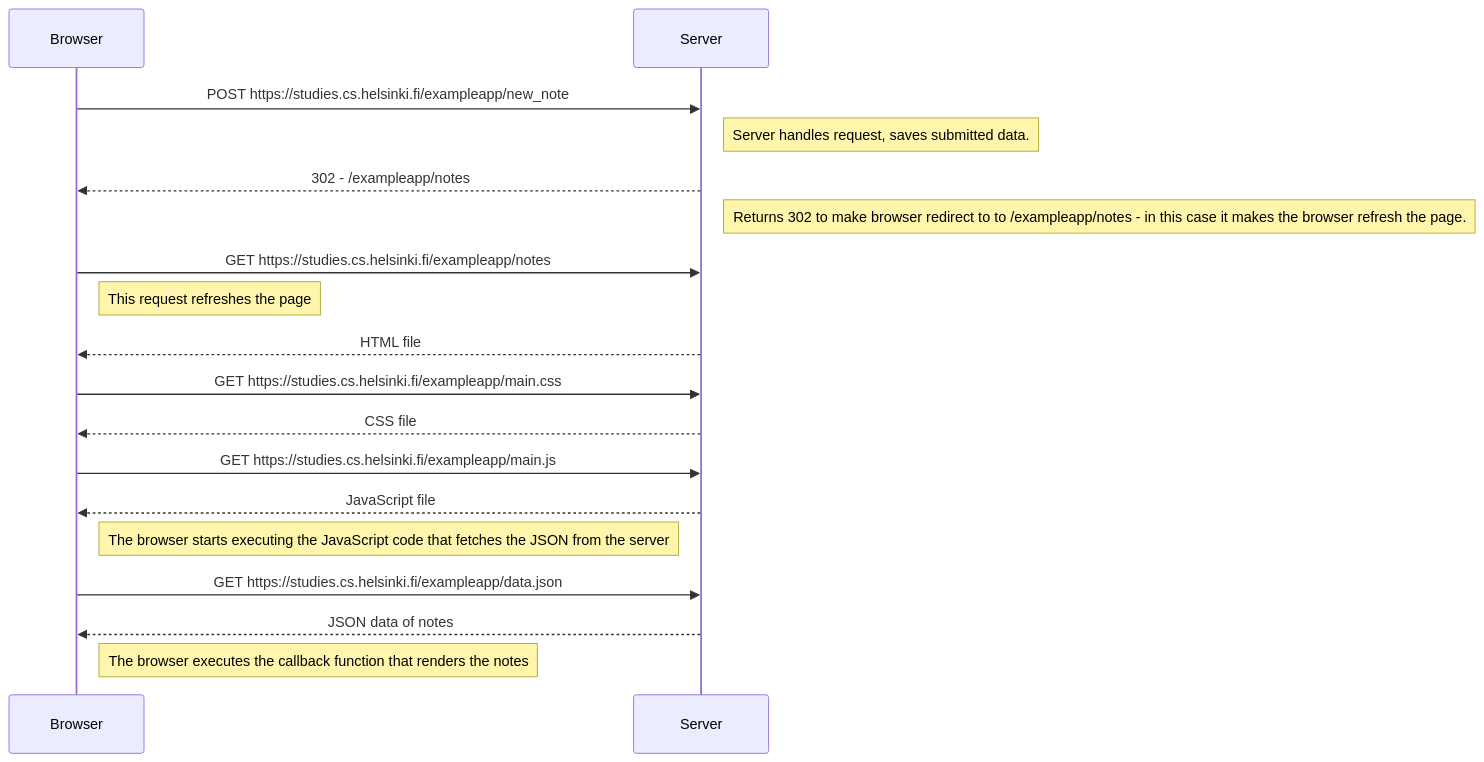
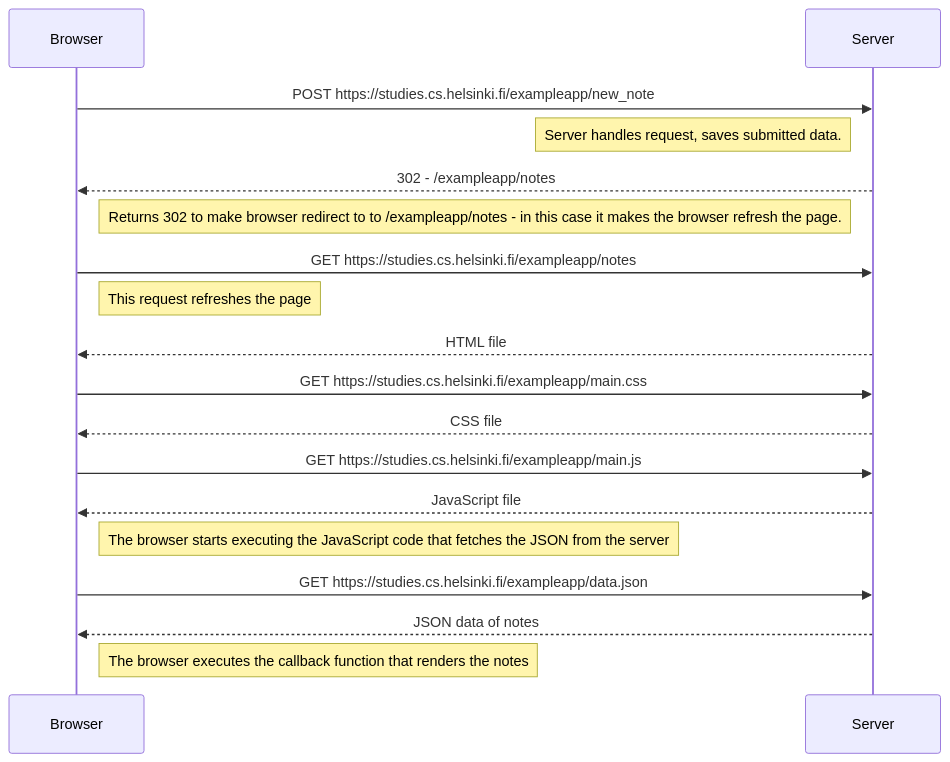
The diagram in osa0/formkaavio.md (pietarni/FullStackKurssiPietari), drawn with Mermaid before and after one commit.

````diff
--- a/osa0/formkaavio.md
+++ b/osa0/formkaavio.md
@@ -1,30 +1,30 @@
 ```mermaid
 sequenceDiagram
     participant browser as Browser
     participant server as Server
 
     browser->>server: POST https://studies.cs.helsinki.fi/exampleapp/new_note
-    Note right of server: Server handles request, saves submitted data.
+    Note left of server: Server handles request, saves submitted data.
 
     server-->>browser: 302 - /exampleapp/notes
-    Note right of server: Returns 302 to make browser redirect to to /exampleapp/notes - in this case it makes the browser refresh the page.
+    Note left of server: Returns 302 to make browser redirect to to /exampleapp/notes - in this case it makes the browser refresh the page.
     
     browser->>server: GET https://studies.cs.helsinki.fi/exampleapp/notes
     Note right of browser: This request refreshes the page
     
     server-->>browser: HTML file
 
     browser->>server: GET https://studies.cs.helsinki.fi/exampleapp/main.css
 
     server-->>browser: CSS file
 
     browser->>server: GET https://studies.cs.helsinki.fi/exampleapp/main.js
     server-->>browser: JavaScript file
     
     Note right of browser: The browser starts executing the JavaScript code that fetches the JSON from the server
     
     browser->>server: GET https://studies.cs.helsinki.fi/exampleapp/data.json
     server-->>browser: JSON data of notes
 
     Note right of browser: The browser executes the callback function that renders the notes
 ```
````
